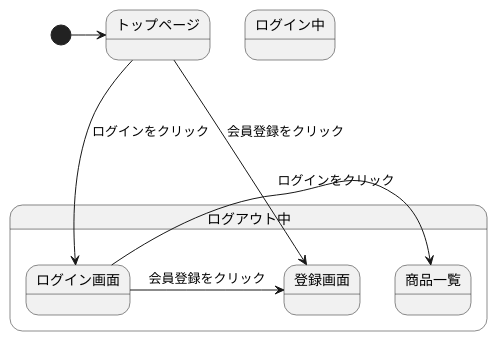
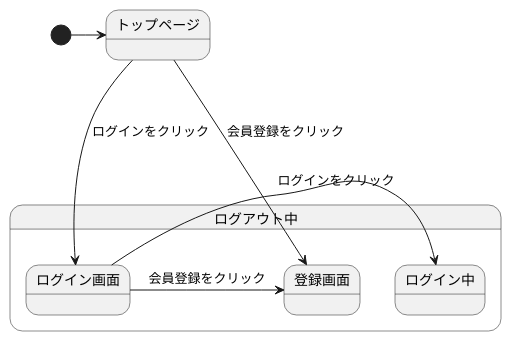
Before and after one commit to Aso2001409/2021sys-design: the diagram in gamen2.md, drawn with PlantUML.

````diff
--- a/gamen2.md
+++ b/gamen2.md
@@ -1,14 +1,14 @@
 ```uml
 @startuml
 [*]->トップページ
 state ログアウト中{
   トップページ--->ログイン画面 :ログインをクリック
   トップページ-->登録画面 :会員登録をクリック
-  ログイン画面->商品一覧 :ログインをクリック
+  ログイン画面->ログイン中 :ログインをクリック
   ログイン画面->登録画面 :会員登録をクリック
 }
 state ログイン中{
   
   }
 @enduml
 ```
````
